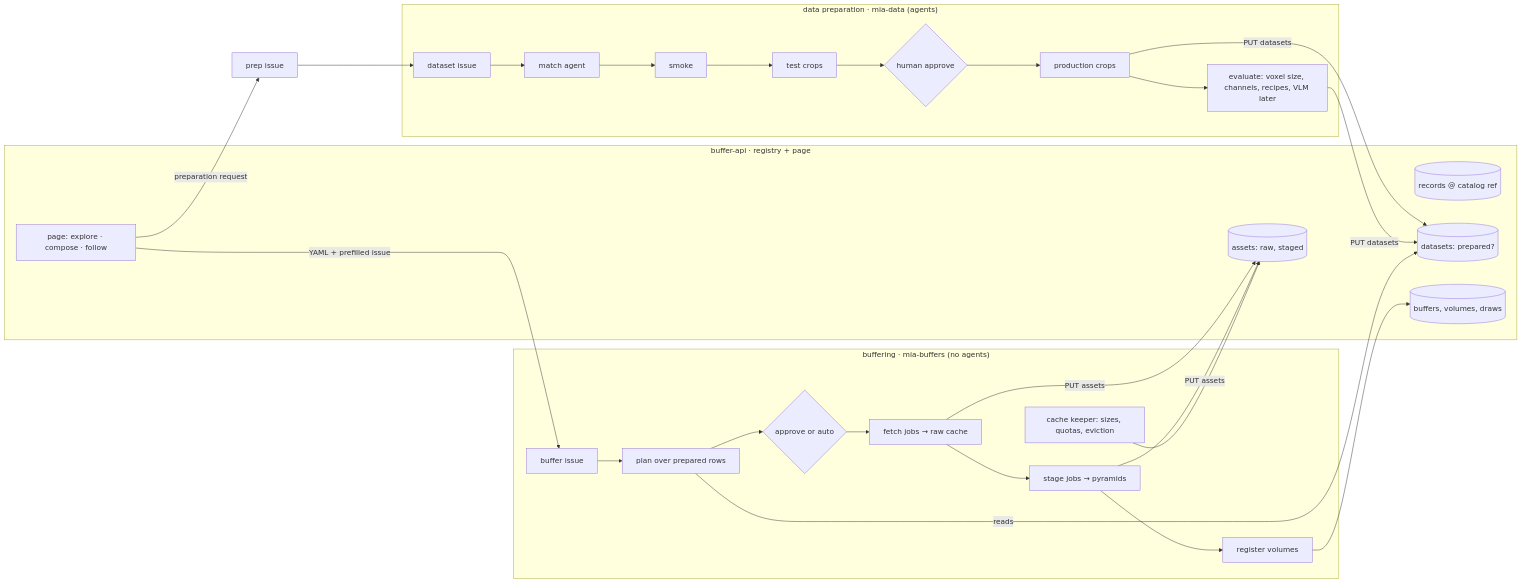
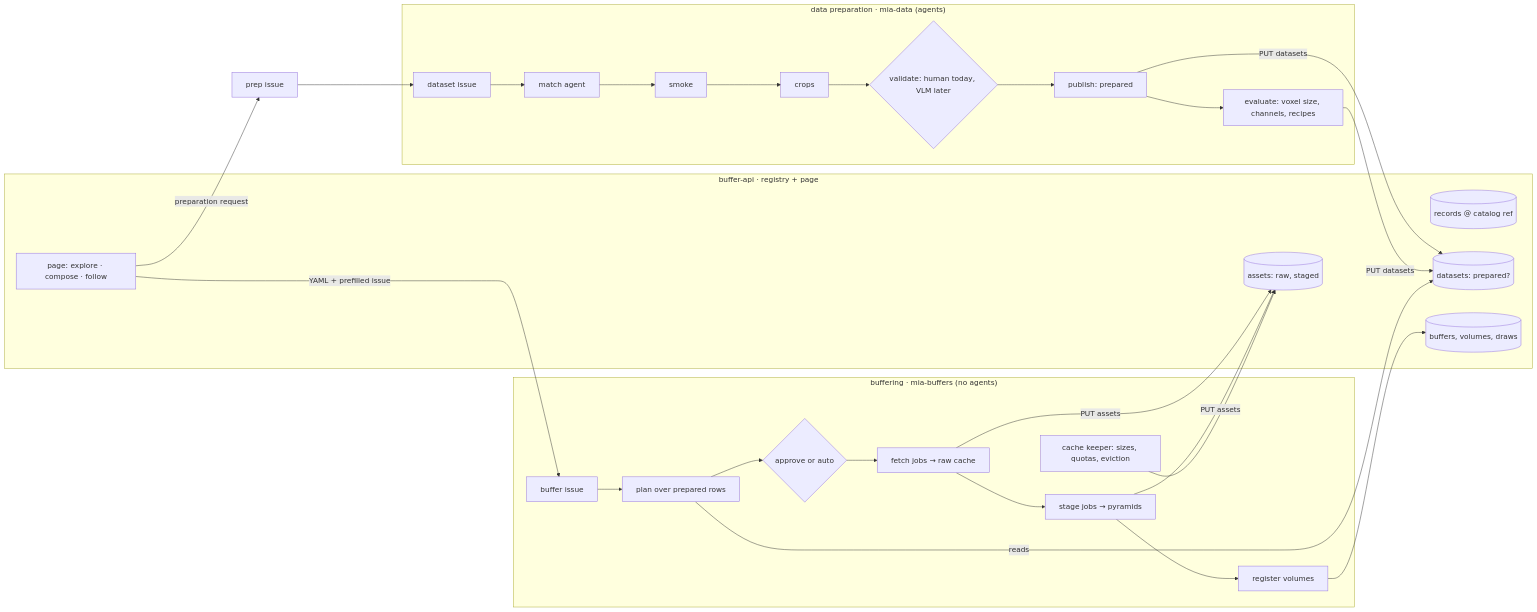
One commit to JaneliaSciComp/mia-workflow-prototype changed the diagram in notes/specs/2026-10-25-prep-and-buffering.md. Above: the diagram before and after it, drawn with Mermaid. The commit also changed other lines of this file and 1 other file, not shown here.

First line of the commit message:
spec v0.4: one crop set per round, validated, then prepared (§13, milestone I)

````diff
--- a/notes/specs/2026-10-25-prep-and-buffering.md
+++ b/notes/specs/2026-10-25-prep-and-buffering.md
@@ -36,27 +37,27 @@
 ```mermaid
 flowchart LR
   subgraph prep["data preparation · mia-data (agents)"]
-    DI[dataset issue] --> M[match agent] --> S[smoke] --> T[test crops] --> R{human approve} --> P[production crops]
-    P --> E[evaluate: voxel size, channels, recipes, VLM later]
+    DI[dataset issue] --> M[match agent] --> S[smoke] --> C[crops] --> R{validate: human today, VLM later} --> P[publish: prepared]
+    P --> E[evaluate: voxel size, channels, recipes]
   end
   subgraph reg["buffer-api · registry + page"]
     REC[(records @ catalog ref)]
     DS[(datasets: prepared?)]
     AS[(assets: raw, staged)]
     BF[(buffers, volumes, draws)]
     UI[page: explore · compose · follow]
   end
   subgraph buf["buffering · mia-buffers (no agents)"]
     BI[buffer issue] --> PL[plan over prepared rows] --> A{approve or auto}
     A --> F[fetch jobs → raw cache] --> ST[stage jobs → pyramids] --> RG[register volumes]
     K[cache keeper: sizes, quotas, eviction]
   end
   P -- PUT datasets --> DS
   E -- PUT datasets --> DS
   UI -- YAML + prefilled issue --> BI
   UI -- preparation request --> PR[prep issue] --> DI
   PL -- reads --> DS
   F & ST -- PUT assets --> AS
   RG --> BF
   K --> AS
 ```
````
